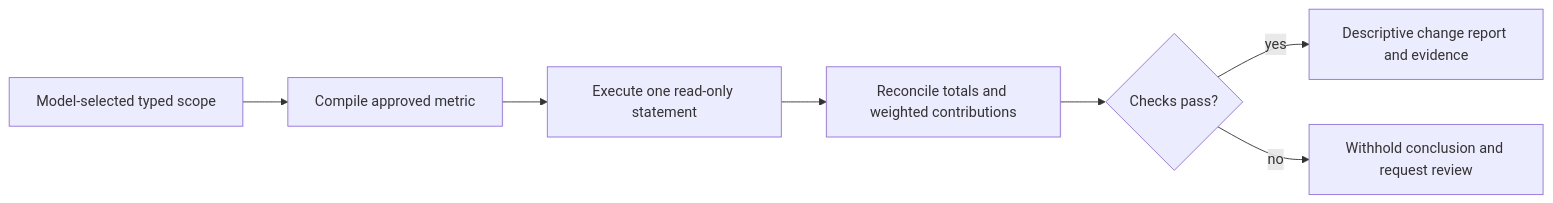
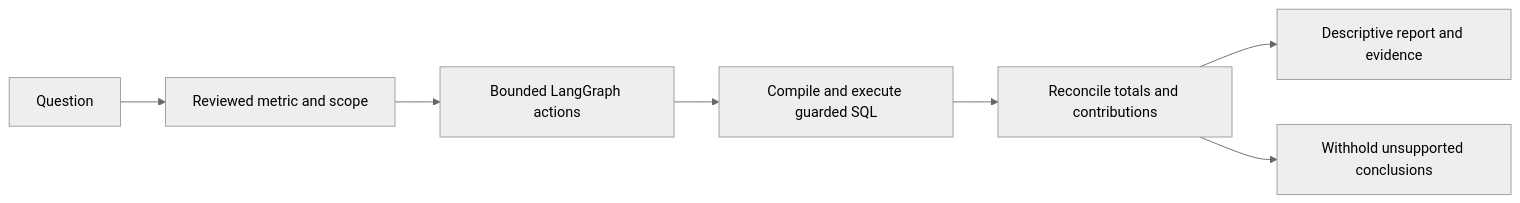
Before and after one commit to Akhilesh-Vangala/querypilot: the diagram in README.md, drawn with Mermaid. The commit also changed other lines of this file and 30 other files, not shown here.

````diff
--- a/README.md
+++ b/README.md
@@ -38,9 +40,10 @@
 ```mermaid
+%%{init: {"theme": "neutral"}}%%
 flowchart LR
-  A[Model-selected typed scope] --> B[Compile approved metric]
-  B --> C[Execute one read-only statement]
-  C --> D[Reconcile totals and weighted contributions]
-  D --> E{Checks pass?}
-  E -->|yes| F[Descriptive change report and evidence]
-  E -->|no| G[Withhold conclusion and request review]
+  Question --> Scope[Reviewed metric and scope]
+  Scope --> Agent[Bounded LangGraph actions]
+  Agent --> SQL[Compile and execute guarded SQL]
+  SQL --> Verify[Reconcile totals and contributions]
+  Verify --> Result[Descriptive report and evidence]
+  Verify --> Withhold[Withhold unsupported conclusions]
 ```
````
